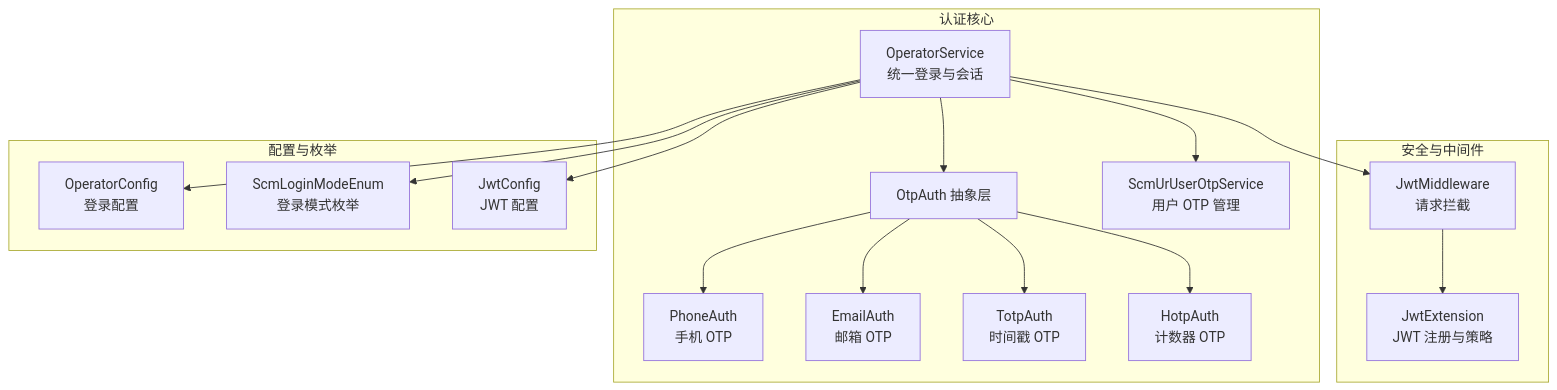
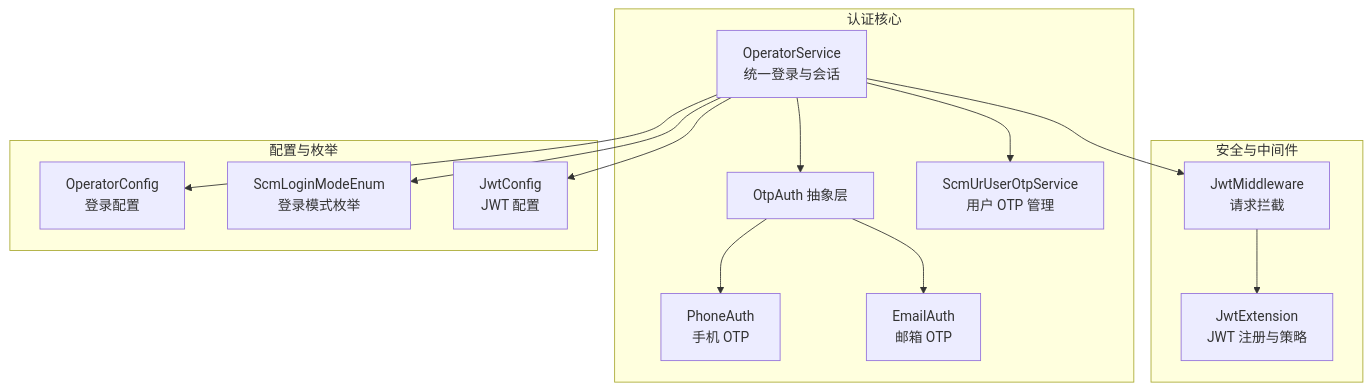
Before and after one commit to leadiot/Scm.Net: the first of 7 diagrams in .qoder/repowiki/zh/content/用户认证系统/用户认证系统.md, drawn with Mermaid. The commit also changed other lines of this file and 17 other files, not shown here.

````diff
--- a/.qoder/repowiki/zh/content/用户认证系统/用户认证系统.md
+++ b/.qoder/repowiki/zh/content/用户认证系统/用户认证系统.md
@@ -67,32 +61,28 @@
 ```mermaid
 graph TB
 subgraph "认证核心"
 OP["OperatorService<br/>统一登录与会话"]
 OTP["OtpAuth 抽象层"]
 PH["PhoneAuth<br/>手机 OTP"]
 EM["EmailAuth<br/>邮箱 OTP"]
-TOTP["TotpAuth<br/>时间戳 OTP"]
-HOTP["HotpAuth<br/>计数器 OTP"]
 USEROTP["ScmUrUserOtpService<br/>用户 OTP 管理"]
 end
 subgraph "安全与中间件"
 JM["JwtMiddleware<br/>请求拦截"]
 JE["JwtExtension<br/>JWT 注册与策略"]
 end
 subgraph "配置与枚举"
 OC["OperatorConfig<br/>登录配置"]
 LM["ScmLoginModeEnum<br/>登录模式枚举"]
 JC["JwtConfig<br/>JWT 配置"]
 end
 OP --> OTP
 OTP --> PH
 OTP --> EM
-OTP --> TOTP
-OTP --> HOTP
 OP --> USEROTP
 OP --> JM
 JM --> JE
 OP --> OC
 OP --> LM
 OP --> JC
 ```
````
